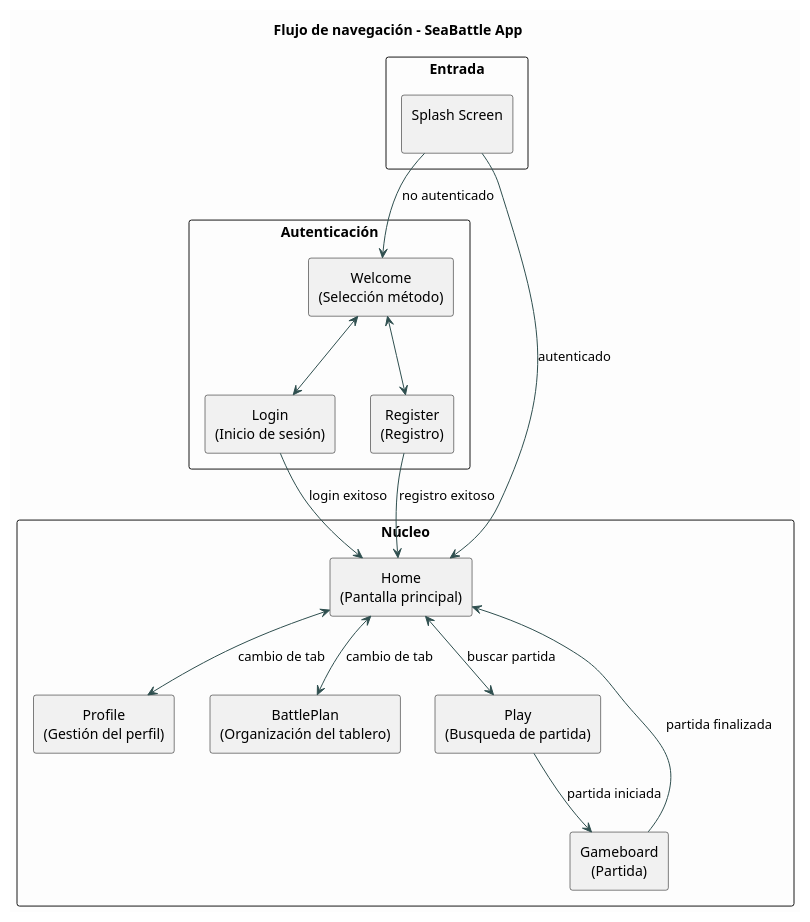
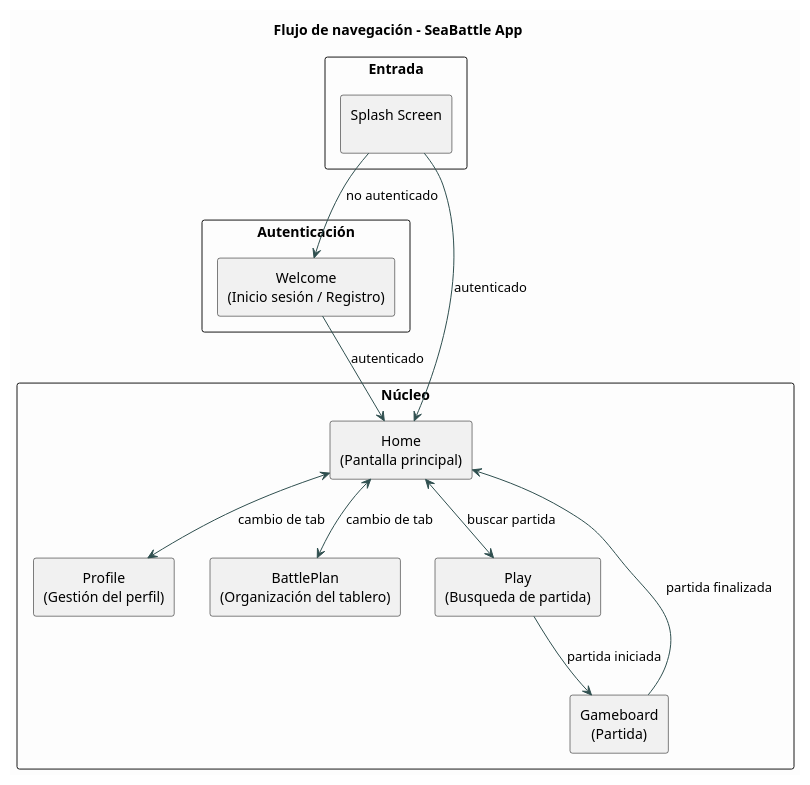
The diagram in planUML/NavDiagram.puml (DaniAguion/SeaBattle), drawn with PlantUML before and after one commit. The commit also changed 18 other files, not shown here.

Commit message:
Login and Register Screens mixed and renamed as Welcome Screen

```diff
--- a/planUML/NavDiagram.puml
+++ b/planUML/NavDiagram.puml
@@ -1,48 +1,42 @@
 @startuml
 title Flujo de navegación - SeaBattle App
 
 skinparam componentStyle rectangle
 skinparam packageStyle rectangle
 skinparam defaultTextAlignment center
 skinparam ArrowColor DarkSlateGray
 skinparam ComponentBorderColor Black
 skinparam BackgroundColor #fdfdfd
 
 package "Entrada" {
     component "Splash Screen\n" as SplashScreen
 }
 
 package "Autenticación" {
-    component "Welcome\n(Selección método)" as Welcome
-    component "Login\n(Inicio de sesión)" as Login
-    component "Register\n(Registro)" as Register
+    component "Welcome\n(Inicio sesión / Registro)" as Welcome
 }
 
 package "Núcleo" {
     component "Home\n(Pantalla principal)" as Home
     component "Profile\n(Gestión del perfil)" as Profile
     component "BattlePlan\n(Organización del tablero)" as BattlePlan
     component "Play\n(Busqueda de partida)" as Play
     component "Gameboard\n(Partida)" as Gameboard
 }
 
 ' Flujo principal
 SplashScreen --> Welcome : no autenticado
 SplashScreen --> Home : autenticado
 
-Welcome <--> Login
-Welcome <--> Register
-
-Login --> Home : login exitoso
-Register --> Home : registro exitoso
+Welcome --> Home : autenticado
 
 ' Navegación interna desde Home
 Home <--> Play : buscar partida
 Home <--> BattlePlan : cambio de tab
 Home <--> Profile : cambio de tab
 
 ' Flujo dentro del juego
 Play --> Gameboard : partida iniciada
 Gameboard --> Home : partida finalizada
 
 @enduml
```
